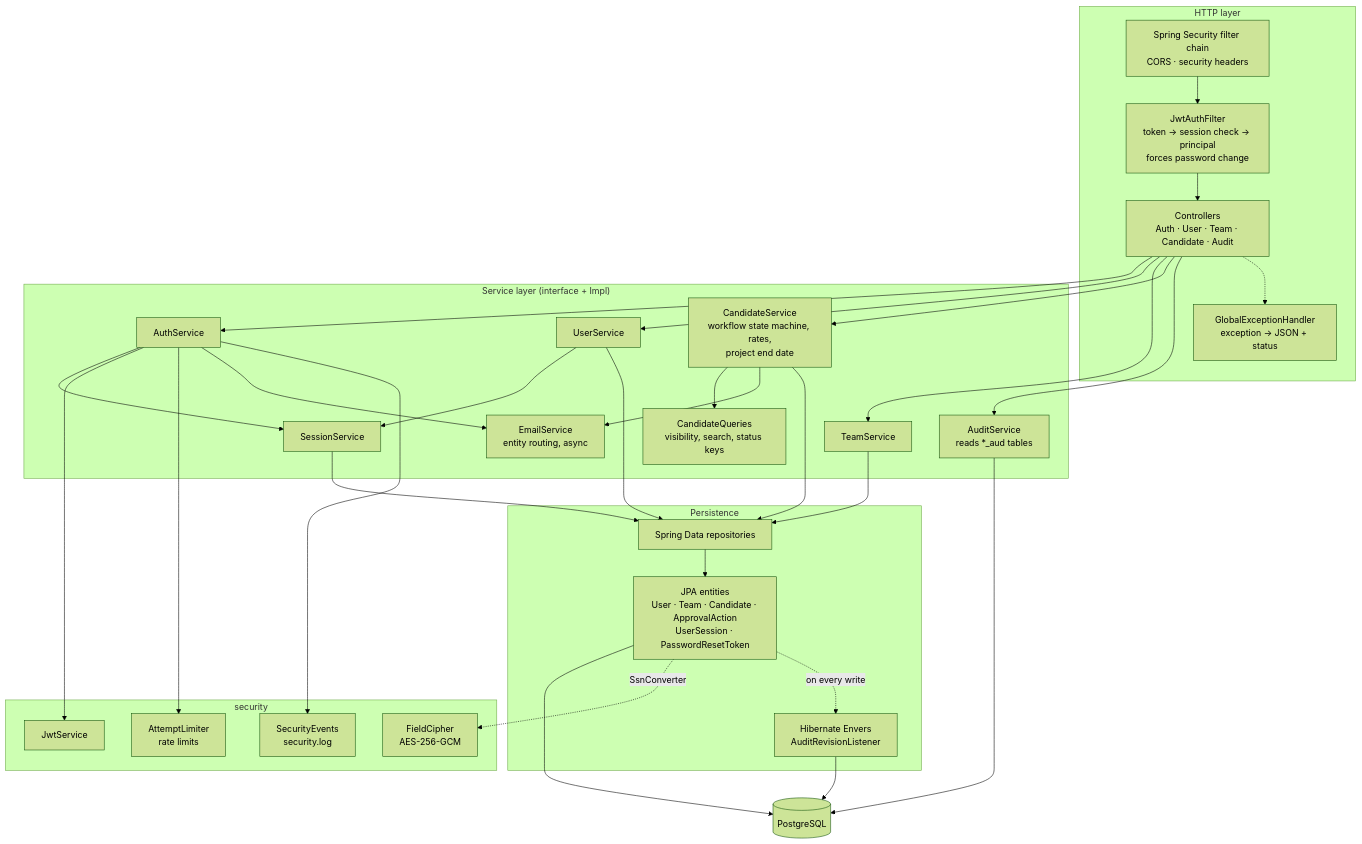
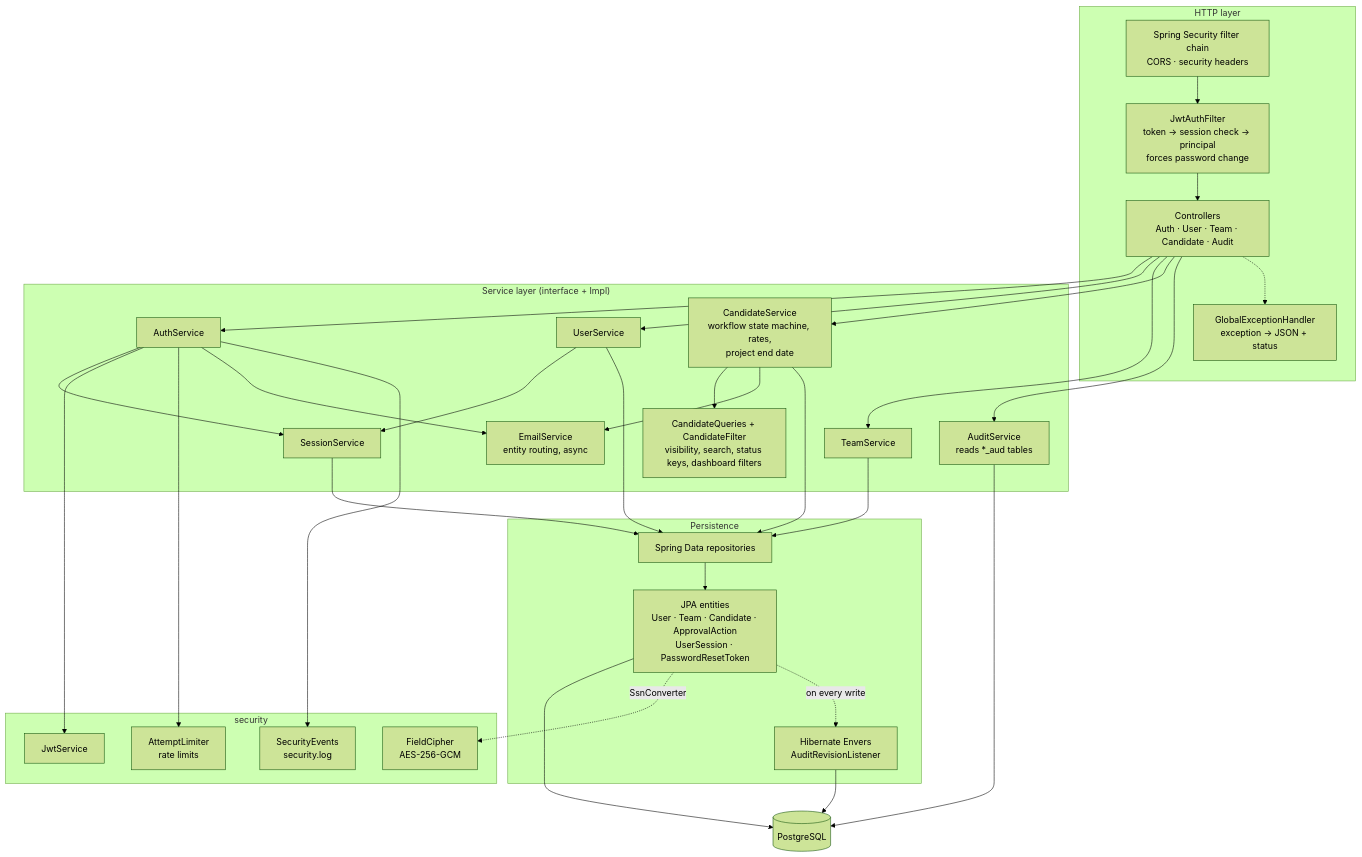
Before and after one commit to Yatish-7/Candidate-OnBoarding-Portal: the third of 10 diagrams in OneIntellectt/docs/ARCHITECTURE.md, drawn with Mermaid (forest theme). The commit also changed other lines of this file and 27 other files, not shown here.

Commit message:
Added more filters to search and sending mails if the vendor percentage is higher than a limit

````diff
--- a/OneIntellectt/docs/ARCHITECTURE.md
+++ b/OneIntellectt/docs/ARCHITECTURE.md
@@ -80,44 +80,44 @@
 ```mermaid
 flowchart TB
     subgraph Web["HTTP layer"]
         F1["Spring Security filter chain<br/>CORS · security headers"]
         F2["JwtAuthFilter<br/>token → session check → principal<br/>forces password change"]
         C["Controllers<br/>Auth · User · Team · Candidate · Audit"]
         EH["GlobalExceptionHandler<br/>exception → JSON + status"]
     end
     subgraph Svc["Service layer (interface + Impl)"]
         AS[AuthService]
         US[UserService]
         TS[TeamService]
         CS["CandidateService<br/>workflow state machine, rates,<br/>project end date"]
         SS[SessionService]
         ES["EmailService<br/>entity routing, async"]
         AUS["AuditService<br/>reads *_aud tables"]
-        CQ["CandidateQueries<br/>visibility, search, status keys"]
+        CQ["CandidateQueries + CandidateFilter<br/>visibility, search, status keys, dashboard filters"]
     end
     subgraph Sec["security"]
         JWT[JwtService]
         AL["AttemptLimiter<br/>rate limits"]
         FC["FieldCipher<br/>AES-256-GCM"]
         SE["SecurityEvents<br/>security.log"]
     end
     subgraph Data["Persistence"]
         R["Spring Data repositories"]
         ENT["JPA entities<br/>User · Team · Candidate · ApprovalAction<br/>UserSession · PasswordResetToken"]
         ENV["Hibernate Envers<br/>AuditRevisionListener"]
     end
     DB[(PostgreSQL)]
 
     F1 --> F2 --> C
     C --> AS & US & TS & CS & AUS
     C -.-> EH
     AS --> SS & JWT & AL & ES & SE
     CS --> CQ & ES & R
     US --> SS & R
     TS --> R
     SS --> R
     AUS --> DB
     R --> ENT --> DB
     ENT -. "SsnConverter" .-> FC
     ENT -. "on every write" .-> ENV --> DB
 ```
````
